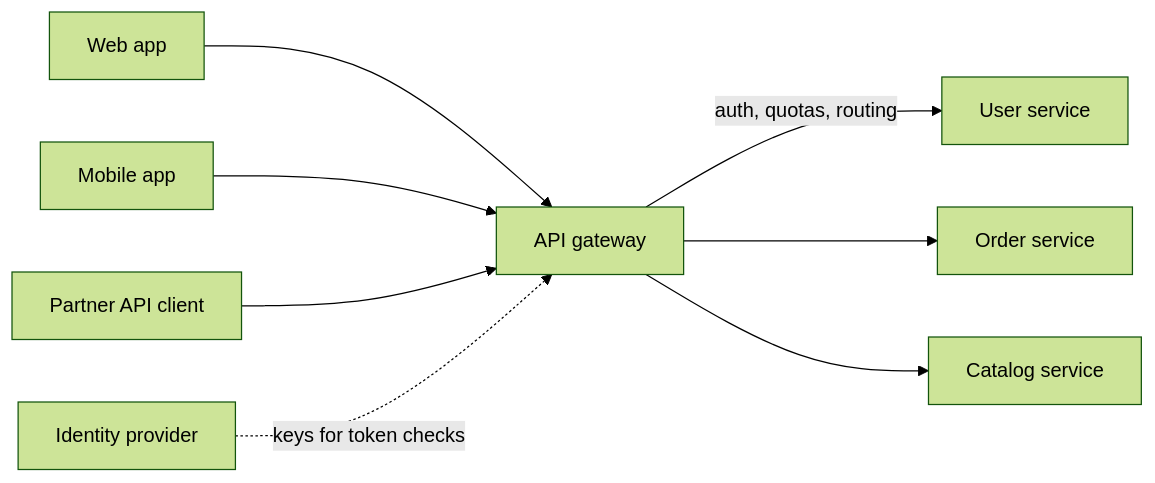
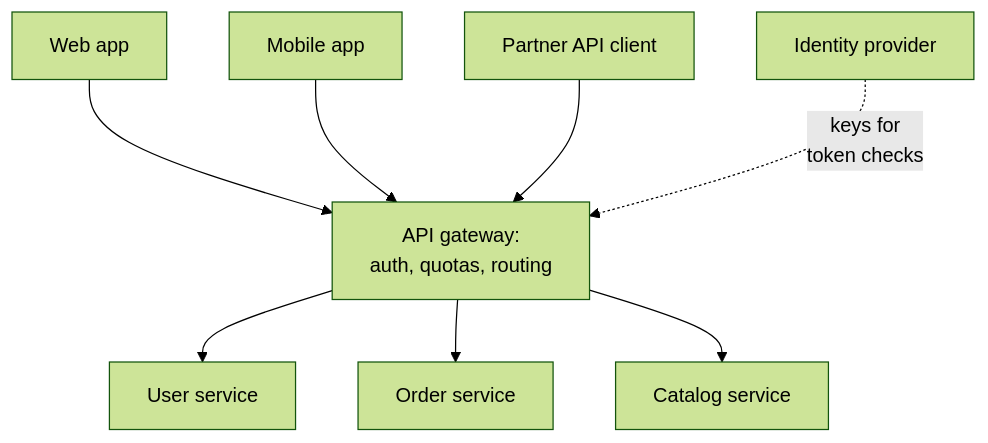
Before and after one commit to butyavk/system-design: the second of 2 diagrams in src/content/docs/traffic/reverse-proxy-and-api-gateway.mdx, drawn with Mermaid (forest theme). The commit also changed other lines of this file and 144 other files, not shown here.

````diff
--- a/src/content/docs/traffic/reverse-proxy-and-api-gateway.mdx
+++ b/src/content/docs/traffic/reverse-proxy-and-api-gateway.mdx
@@ -58,10 +58,10 @@
 ```mermaid
-flowchart LR
-  web["Web app"] --> gw["API gateway"]
+flowchart TB
+  web["Web app"] --> gw["API gateway:<br/>auth, quotas, routing"]
   mobile["Mobile app"] --> gw
   partner["Partner API client"] --> gw
-  gw -->|"auth, quotas, routing"| users["User service"]
+  gw --> users["User service"]
   gw --> orders["Order service"]
   gw --> catalog["Catalog service"]
-  idp["Identity provider"] -.->|"keys for token checks"| gw
+  idp["Identity provider"] -.->|"keys for<br/>token checks"| gw
 ```
````
